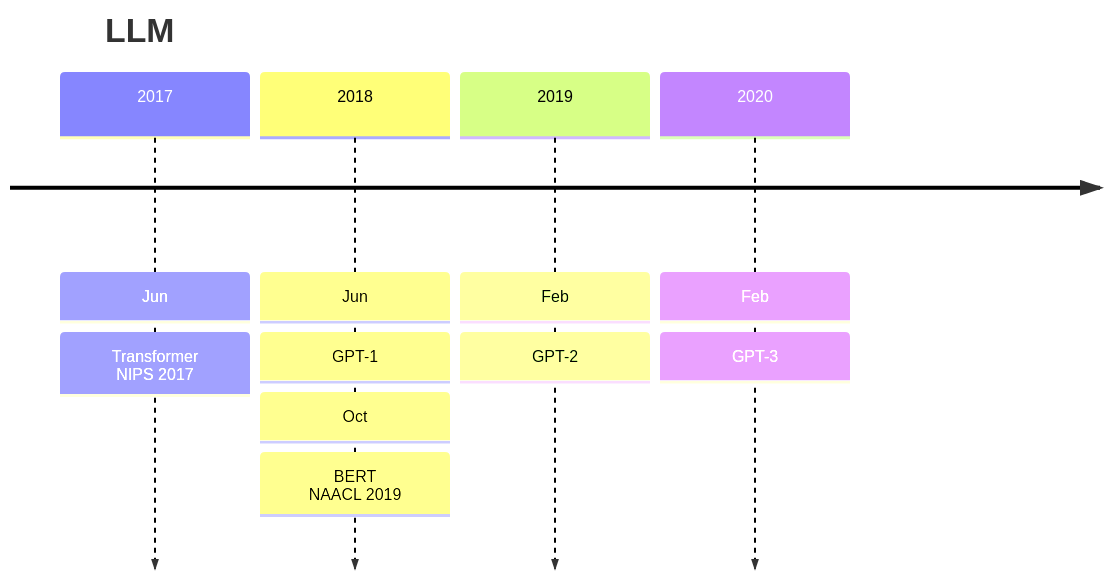
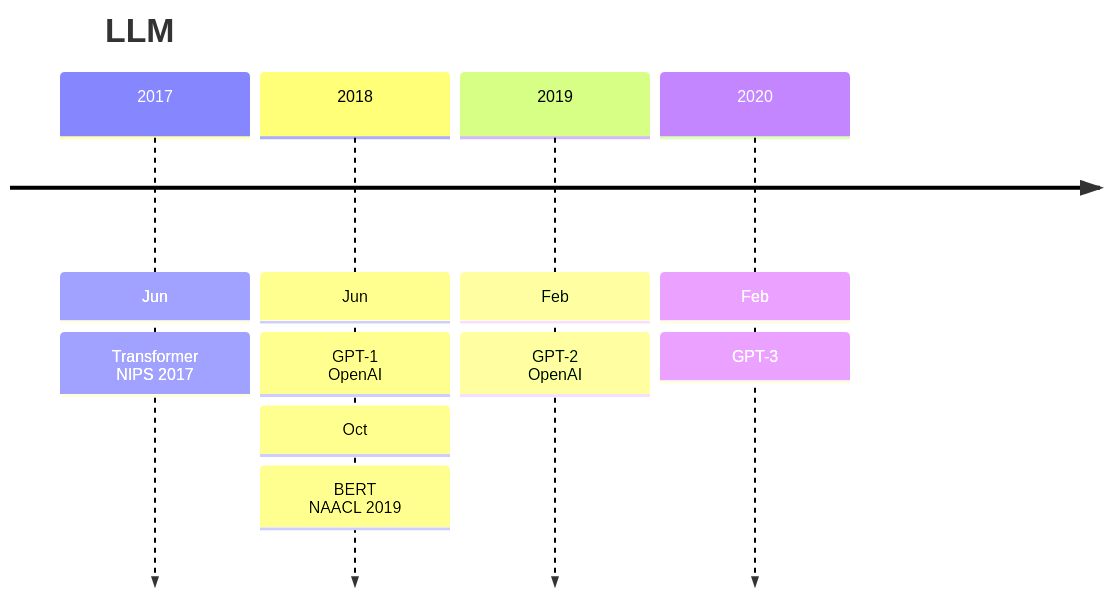
One commit to Elephant-King9/Paper changed the first of 4 diagrams in Base_Model/LLM/analyse.md. Above: the diagram before and after it, drawn with Mermaid. The commit also changed other lines of this file and 4 other files, not shown here.

````diff
--- a/Base_Model/LLM/analyse.md
+++ b/Base_Model/LLM/analyse.md
@@ -5,14 +5,14 @@
 ```mermaid
 timeline
     title LLM
     2017 : Jun
     		 : Transformer<br>NIPS 2017
     2018 : Jun
-    		 : GPT-1
+    		 : GPT-1<br>OpenAI
     		 : Oct
     		 : BERT<br>NAACL 2019
     2019 : Feb
-    		 : GPT-2
+    		 : GPT-2<br>OpenAI
     2020 : Feb
     		 : GPT-3
 ```
````
